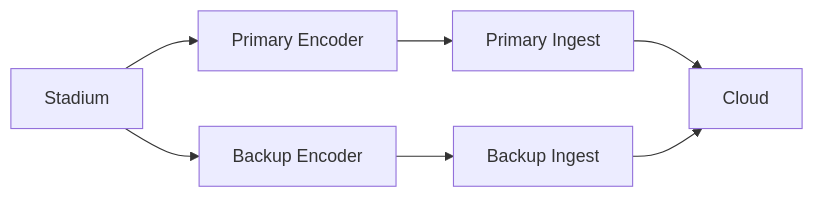
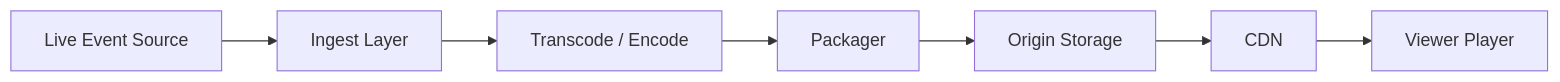
Diagram 12 of 16 in src/content/design-a-live-streaming-service.md (gojosatoru123-ux/CacheU), drawn with Mermaid before and after one commit. The commit also changed other lines of this file and 13 other files, not shown here.

````diff
--- a/src/content/design-a-live-streaming-service.md
+++ b/src/content/design-a-live-streaming-service.md
@@ -709,9 +922,9 @@
 ```mermaid
 flowchart LR
-    Stadium --> EncoderA[Primary Encoder]
-    Stadium --> EncoderB[Backup Encoder]
-    EncoderA --> IngestA[Primary Ingest]
-    EncoderB --> IngestB[Backup Ingest]
-    IngestA --> Cloud
-    IngestB --> Cloud
+    Source[Live Event Source] --> Ingest[Ingest Layer]
+    Ingest --> Encode[Transcode / Encode]
+    Encode --> Package[Packager]
+    Package --> Origin[Origin Storage]
+    Origin --> CDN[CDN]
+    CDN --> Player[Viewer Player]
 ```
````
